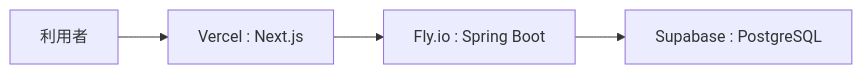
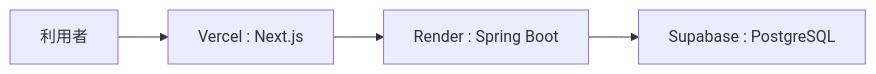
Before and after one commit to katodaiya-1030/errorhub: the diagram in README.md, drawn with Mermaid. The commit also changed other lines of this file and 2 other files, not shown here.

Commit message:
unused fly.io

````diff
--- a/README.md
+++ b/README.md
@@ -52,6 +52,6 @@
 ```mermaid
 flowchart LR
   U["利用者"] --> F["Vercel : Next.js"]
-  F --> B["Fly.io : Spring Boot"]
+  F --> B["Render : Spring Boot"]
   B --> D["Supabase : PostgreSQL"]
 ```
````
